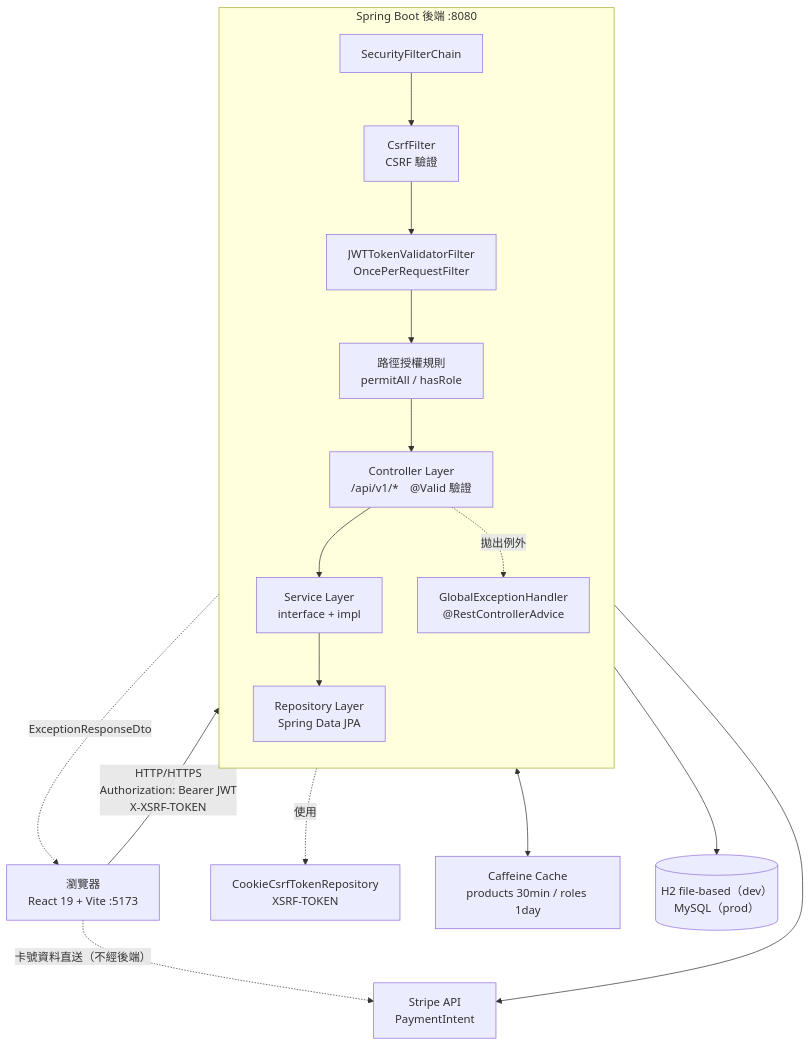
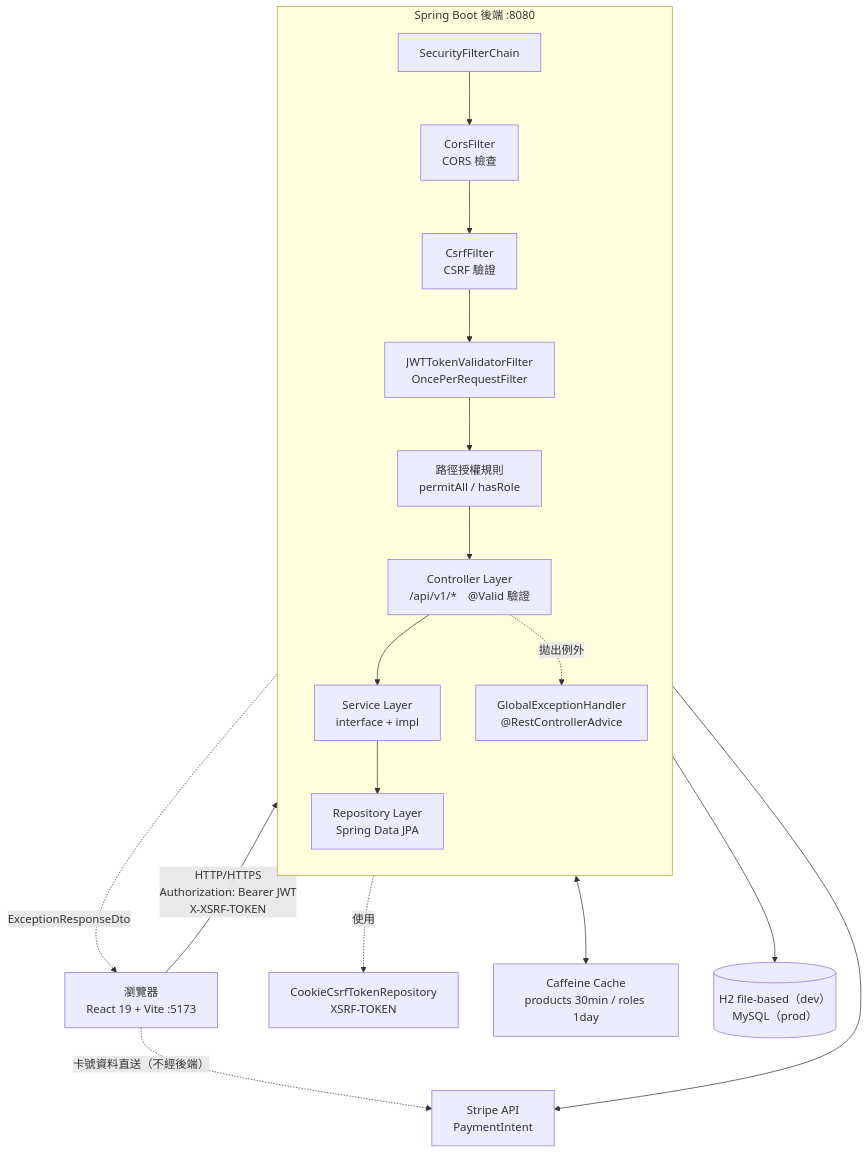
The fourth of 5 diagrams in README.md (tonysk0210/react-springboot-webapp), drawn with Mermaid before and after one commit.

````diff
--- a/README.md
+++ b/README.md
@@ -157,33 +157,34 @@
 ```mermaid
 flowchart TB
     Browser["瀏覽器<br/>React 19 + Vite :5173"]
 
     subgraph Backend["Spring Boot 後端 :8080"]
         direction TB
         SFC["SecurityFilterChain"]
+        CORS["CorsFilter<br/>CORS 檢查"]
         CSRF["CsrfFilter<br/>CSRF 驗證"]
         JWT["JWTTokenValidatorFilter<br/>OncePerRequestFilter"]
         AUTHZ["路徑授權規則<br/>permitAll / hasRole"]
         CTRL["Controller Layer<br/>/api/v1/*　@Valid 驗證"]
         SVC["Service Layer<br/>interface + impl"]
         REPO["Repository Layer<br/>Spring Data JPA"]
         GEH["GlobalExceptionHandler<br/>@RestControllerAdvice"]
     end
 
     CSRFR["CookieCsrfTokenRepository<br/>XSRF-TOKEN"]
 
     Cache["Caffeine Cache<br/>products 30min / roles 1day"]
     DB[("H2 file-based（dev）<br/>MySQL（prod）")]
     Stripe["Stripe API<br/>PaymentIntent"]
 
     Browser -- "HTTP/HTTPS<br/>Authorization: Bearer JWT<br/>X-XSRF-TOKEN" --> SFC
-    SFC --> CSRF --> JWT --> AUTHZ --> CTRL
+    SFC --> CORS --> CSRF --> JWT --> AUTHZ --> CTRL
     CSRF -.使用.-> CSRFR
     CTRL --> SVC
     SVC <--> Cache
     SVC --> REPO --> DB
     SVC --> Stripe
     CTRL -.拋出例外.-> GEH
     GEH -. "ExceptionResponseDto" .-> Browser
     Browser -. "卡號資料直送（不經後端）" .-> Stripe
 ```
````
